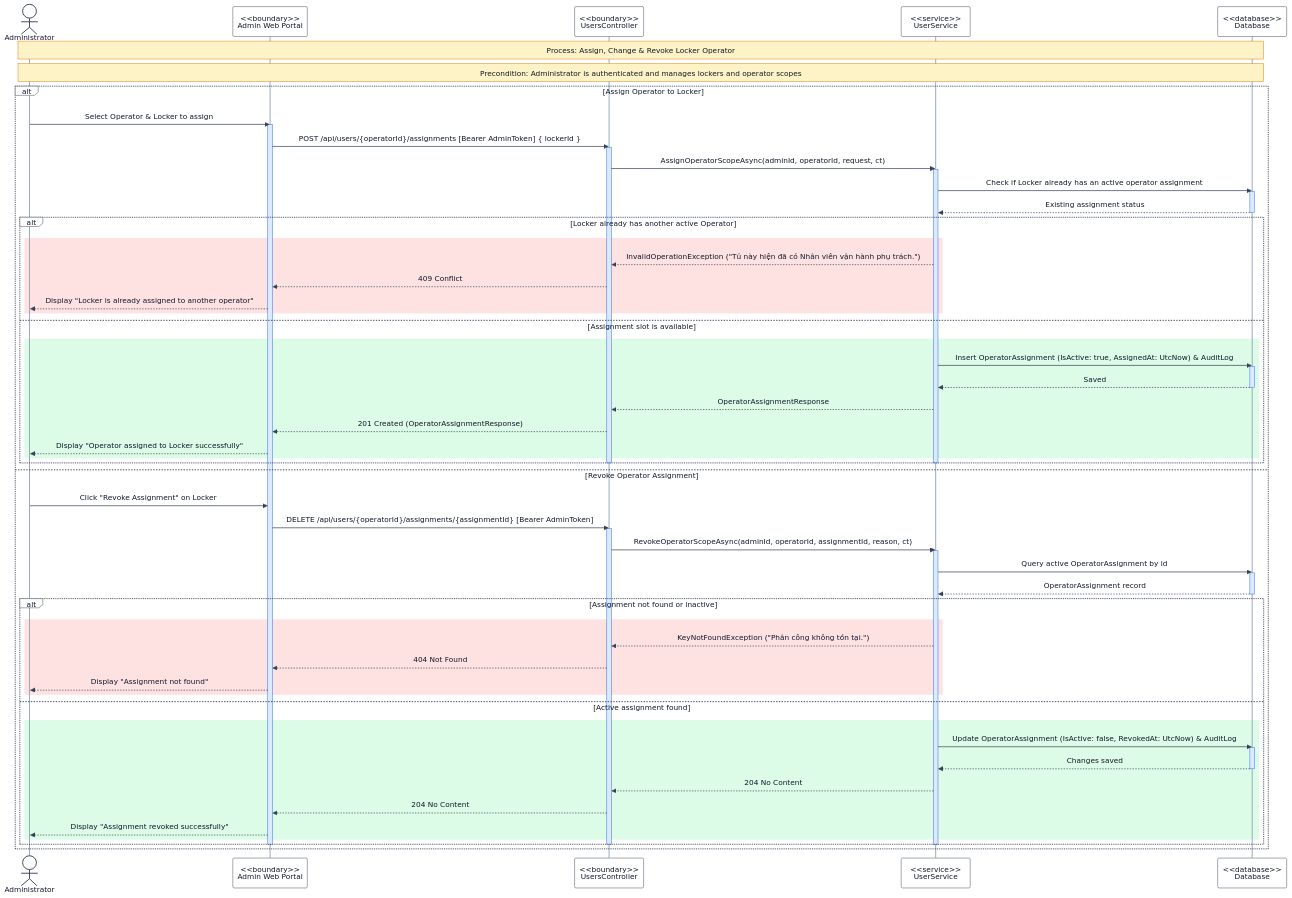
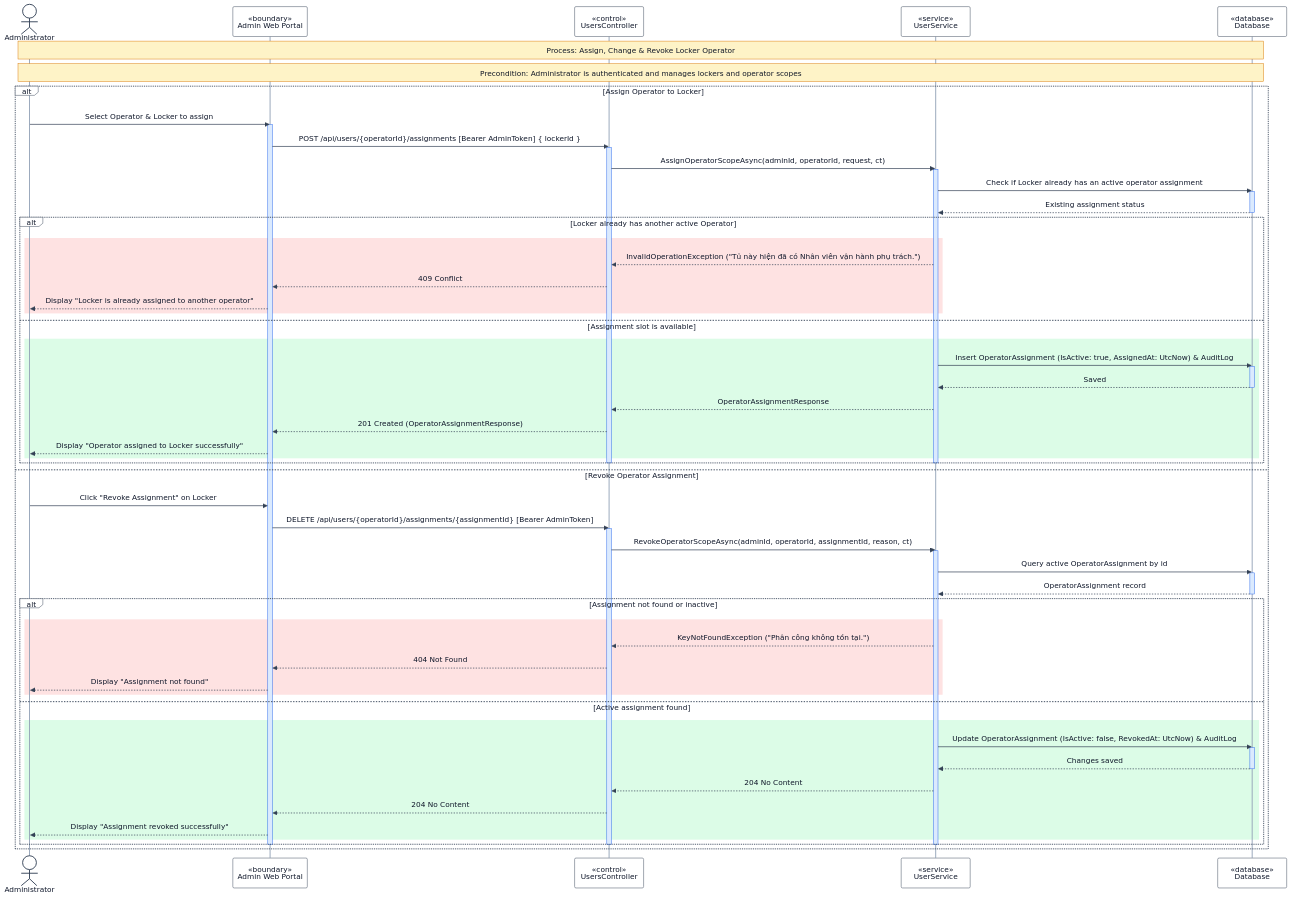
The diagram in RP4/3.8 Administration, Assignment & System Audit/3.8.3 Assign, Change & Revoke Locker Operator Sequence Diagram.md (se-05-sdlms/smart-locking-diagram), drawn with Mermaid before and after one commit. The commit also changed 36 other files, not shown here.

Commit message:
Update diagram

```diff
--- a/RP4/3.8 Administration, Assignment & System Audit/3.8.3 Assign, Change & Revoke Locker Operator Sequence Diagram.md
+++ b/RP4/3.8 Administration, Assignment & System Audit/3.8.3 Assign, Change & Revoke Locker Operator Sequence Diagram.md
@@ -21,10 +21,10 @@
 sequenceDiagram
 
 actor ADMIN as Administrator
-participant WEB as <<boundary>><br/>Admin Web Portal
-participant CTRL as <<boundary>><br/>UsersController
-participant SVC as <<service>><br/>UserService
-participant DB as <<database>><br/>Database
+participant WEB as «boundary»<br/>Admin Web Portal
+participant CTRL as «control»<br/>UsersController
+participant SVC as «service»<br/>UserService
+participant DB as «database»<br/>Database
 
 Note over ADMIN,DB: Process: Assign, Change & Revoke Locker Operator
 Note over ADMIN,DB: Precondition: Administrator is authenticated and manages lockers and operator scopes
```
